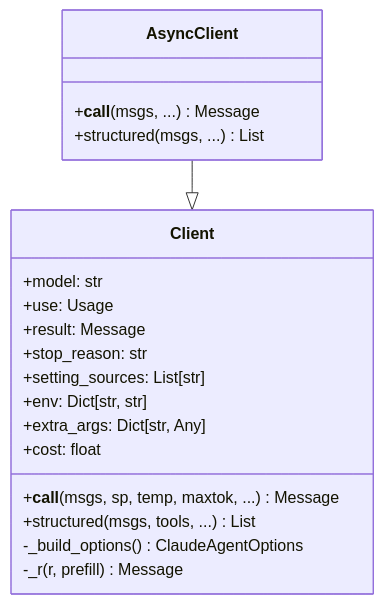
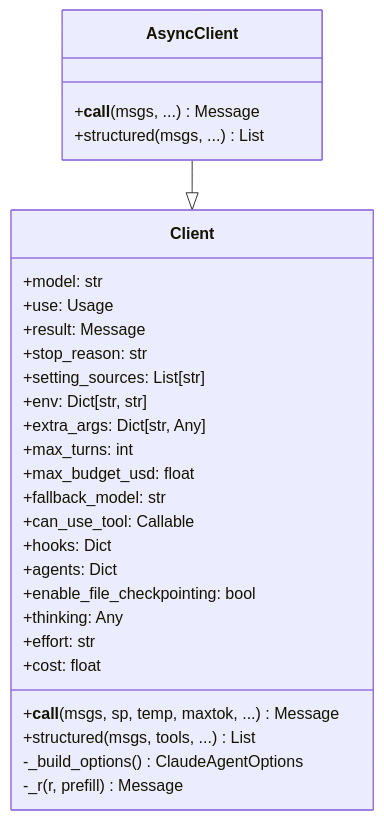
One commit to sgaseretto/claudette-agent changed the second of 17 diagrams in docs/how_it_works.md. Above: the diagram before and after it, drawn with Mermaid. The commit also changed other lines of this file and 8 other files, not shown here.

````diff
--- a/docs/how_it_works.md
+++ b/docs/how_it_works.md
@@ -49,24 +53,33 @@
 ```mermaid
 classDiagram
     class Client {
         +model: str
         +use: Usage
         +result: Message
         +stop_reason: str
         +setting_sources: List[str]
         +env: Dict[str, str]
         +extra_args: Dict[str, Any]
+        +max_turns: int
+        +max_budget_usd: float
+        +fallback_model: str
+        +can_use_tool: Callable
+        +hooks: Dict
+        +agents: Dict
+        +enable_file_checkpointing: bool
+        +thinking: Any
+        +effort: str
         +__call__(msgs, sp, temp, maxtok, ...) Message
         +structured(msgs, tools, ...) List
         +cost: float
         -_build_options() ClaudeAgentOptions
         -_r(r, prefill) Message
     }
 
     class AsyncClient {
         +__call__(msgs, ...) Message
         +structured(msgs, ...) List
     }
 
     AsyncClient --|> Client
 ```
````
